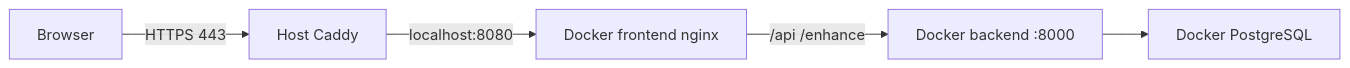
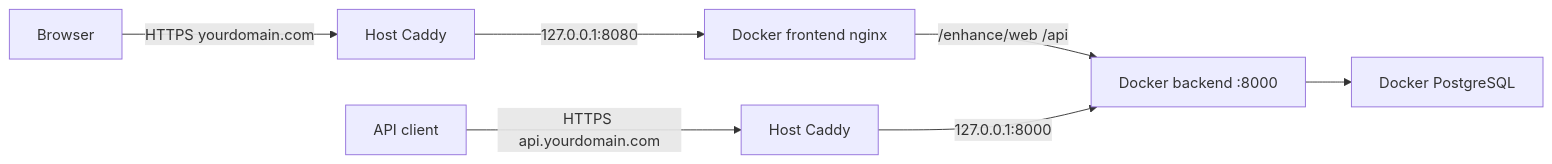
One commit to Frost-White/SoundMufflerRNN changed the diagram in .cursor/plans/production-deployment-runbook_41738a63.plan.md. Above: the diagram before and after it, drawn with Mermaid. The commit also changed other lines of this file and 25 other files, not shown here.

````diff
--- a/.cursor/plans/production-deployment-runbook_41738a63.plan.md
+++ b/.cursor/plans/production-deployment-runbook_41738a63.plan.md
@@ -19,7 +19,9 @@
 ```mermaid
 flowchart LR
-  User["Browser"] -->|"HTTPS 443"| Caddy["Host Caddy"]
-  Caddy -->|"localhost:8080"| Frontend["Docker frontend nginx"]
-  Frontend -->|"/api /enhance"| Backend["Docker backend :8000"]
+  User["Browser"] -->|"HTTPS yourdomain.com"| CaddyWeb["Host Caddy"]
+  CaddyWeb -->|"127.0.0.1:8080"| Frontend["Docker frontend nginx"]
+  Frontend -->|"/enhance/web /api"| Backend["Docker backend :8000"]
+  ApiClient["API client"] -->|"HTTPS api.yourdomain.com"| CaddyApi["Host Caddy"]
+  CaddyApi -->|"127.0.0.1:8000"| Backend
   Backend --> DB["Docker PostgreSQL"]
 ```
````
